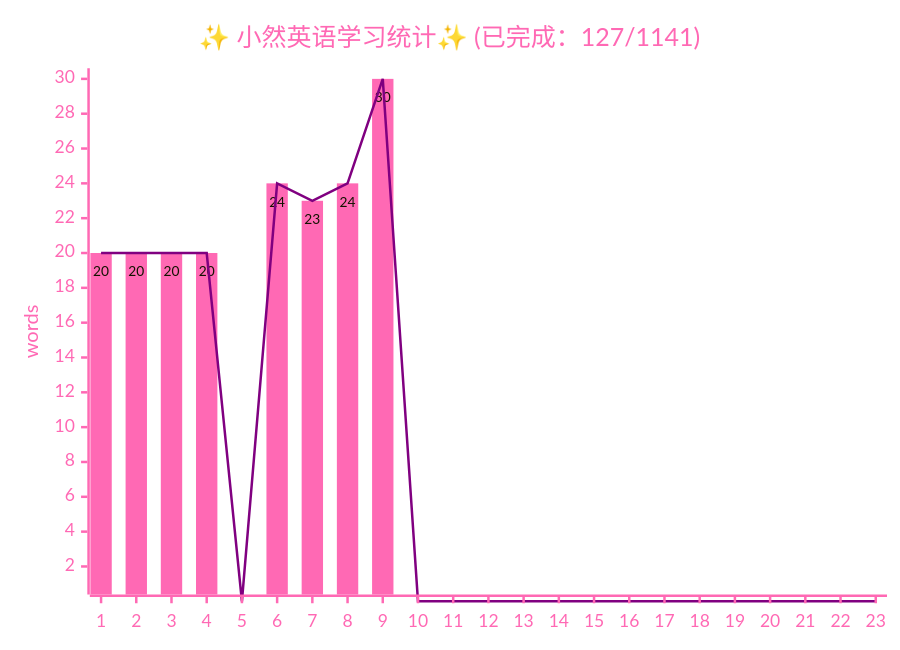
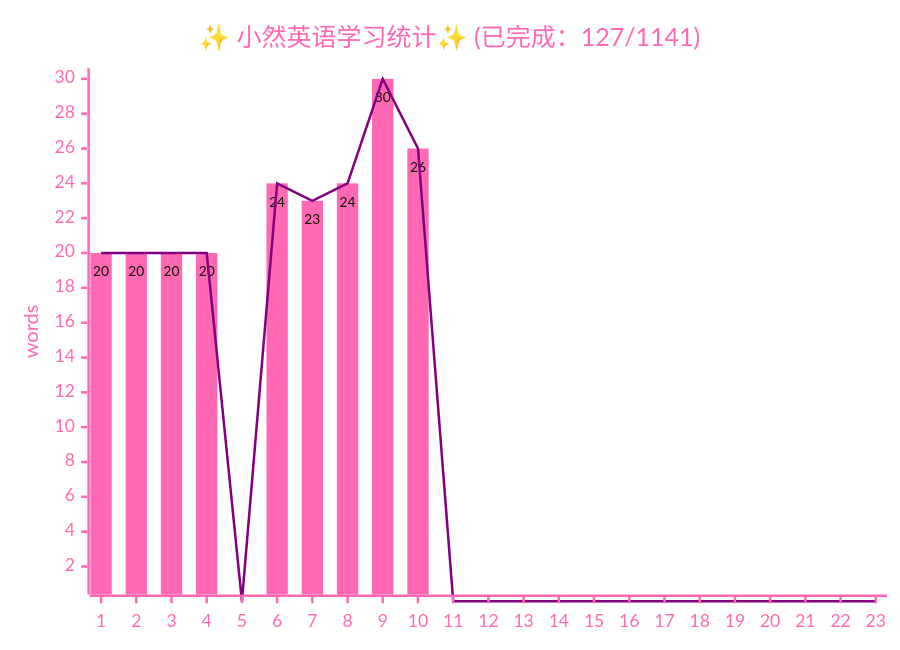
Before and after one commit to zsh-rc/zsh-rc.github.io: the diagram in docs/life-lessons/xiaoran/2026-xiaoran.md, drawn with Mermaid.

Commit message:
statistic of xiaoran's work

```diff
--- a/docs/life-lessons/xiaoran/2026-xiaoran.md
+++ b/docs/life-lessons/xiaoran/2026-xiaoran.md
@@ -11,25 +11,25 @@
 ~~~mermaid
 ---
 config:
     xyChart:
         showDataLabel: true
     themeVariables:
         xyChart:
             titleColor: "#FF69B4"
             xAxisTitleColor: "#FF69B4"
             xAxisLabelColor: "#FF69B4"
             xAxisLineColor: "#FF69B4"
             xAxisTickColor: "#FF69B4"
             yAxisLabelColor: "#FF69B4"
             yAxisTitleColor: "#FF69B4"
             yAxisLineColor: "#FF69B4"
             yAxisTickColor: "#FF69B4"
             plotColorPalette: '#FF69B4, #800080'
 ---
 xychart
     title "✨ 小然英语学习统计✨ (已完成：127/1141)"
     y-axis "words" 1 --> 30
     x-axis [1,  2,  3,  4,  5,  6,  7,  8,  9,  10, 11, 12, 13, 14, 15, 16, 17, 18, 19, 20, 21, 22, 23]
-    bar    [20, 20, 20, 20, 0,  24, 23, 24, 30,  0,  0, 0,  0,  0,  0,  0,  0,  0,  0,  0,  0,  0,  0]
-    line   [20, 20, 20, 20, 0,  24, 23, 24, 30,  0,  0, 0,  0,  0,  0,  0,  0,  0,  0,  0,  0,  0,  0]
+    bar    [20, 20, 20, 20, 0,  24, 23, 24, 30, 26,  0, 0,  0,  0,  0,  0,  0,  0,  0,  0,  0,  0,  0]
+    line   [20, 20, 20, 20, 0,  24, 23, 24, 30, 26,  0, 0,  0,  0,  0,  0,  0,  0,  0,  0,  0,  0,  0]
 ~~~
```
